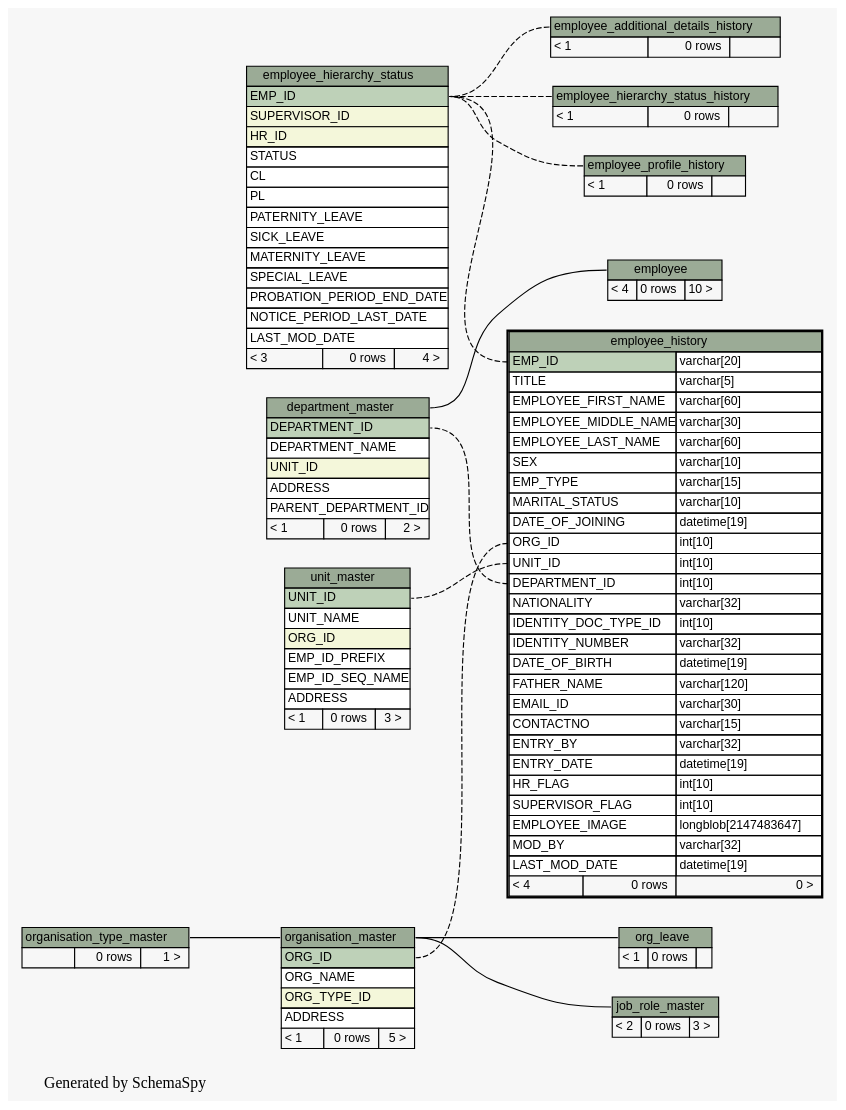
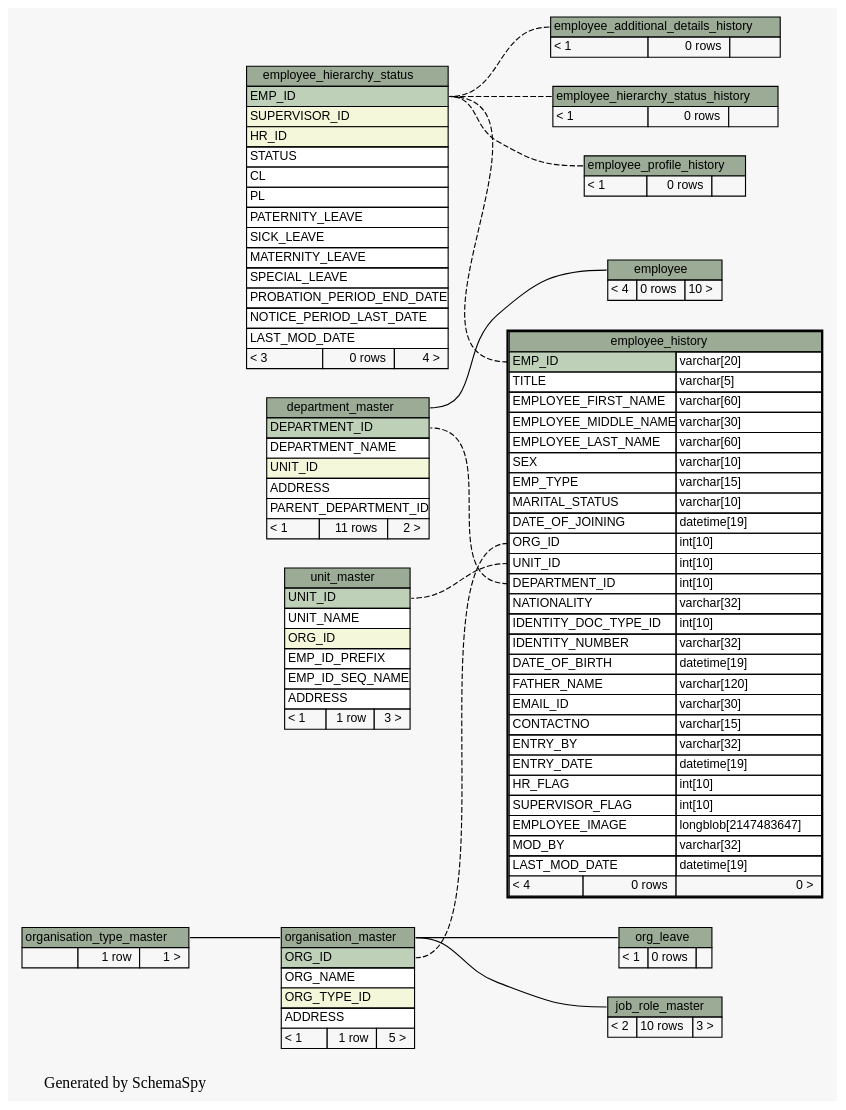
One commit to engineerscraft/hrms changed the diagram in docs/database/schemaspy/graphs/employee_history.implied2degrees.dot. Above: the diagram before and after it, drawn with Graphviz. The commit also changed 174 other files, not shown here.

```diff
--- a/docs/database/schemaspy/graphs/employee_history.implied2degrees.dot
+++ b/docs/database/schemaspy/graphs/employee_history.implied2degrees.dot
@@ -34,7 +34,7 @@
       <TR><TD PORT="UNIT_ID" COLSPAN="3" BGCOLOR="#f4f7da" ALIGN="LEFT">UNIT_ID</TD></TR>
       <TR><TD PORT="ADDRESS" COLSPAN="3" ALIGN="LEFT">ADDRESS</TD></TR>
       <TR><TD PORT="PARENT_DEPARTMENT_ID" COLSPAN="3" ALIGN="LEFT">PARENT_DEPARTMENT_ID</TD></TR>
-      <TR><TD ALIGN="LEFT" BGCOLOR="#f7f7f7">&lt; 1</TD><TD ALIGN="RIGHT" BGCOLOR="#f7f7f7">0 rows</TD><TD ALIGN="RIGHT" BGCOLOR="#f7f7f7">2 &gt;</TD></TR>
+      <TR><TD ALIGN="LEFT" BGCOLOR="#f7f7f7">&lt; 1</TD><TD ALIGN="RIGHT" BGCOLOR="#f7f7f7">11 rows</TD><TD ALIGN="RIGHT" BGCOLOR="#f7f7f7">2 &gt;</TD></TR>
     </TABLE>>
     URL="department_master.html#graph"
     tooltip="department_master"
@@ -136,7 +136,7 @@
     label=<
     <TABLE BORDER="0" CELLBORDER="1" CELLSPACING="0" BGCOLOR="#ffffff">
       <TR><TD PORT="job_role_master.heading" COLSPAN="3" BGCOLOR="#9bab96" ALIGN="CENTER">job_role_master</TD></TR>
-      <TR><TD ALIGN="LEFT" BGCOLOR="#f7f7f7">&lt; 2</TD><TD ALIGN="RIGHT" BGCOLOR="#f7f7f7">0 rows</TD><TD ALIGN="RIGHT" BGCOLOR="#f7f7f7">3 &gt;</TD></TR>
+      <TR><TD ALIGN="LEFT" BGCOLOR="#f7f7f7">&lt; 2</TD><TD ALIGN="RIGHT" BGCOLOR="#f7f7f7">10 rows</TD><TD ALIGN="RIGHT" BGCOLOR="#f7f7f7">3 &gt;</TD></TR>
     </TABLE>>
     URL="job_role_master.html#graph"
     tooltip="job_role_master"
@@ -158,7 +158,7 @@
       <TR><TD PORT="ORG_NAME" COLSPAN="3" ALIGN="LEFT">ORG_NAME</TD></TR>
       <TR><TD PORT="ORG_TYPE_ID" COLSPAN="3" BGCOLOR="#f4f7da" ALIGN="LEFT">ORG_TYPE_ID</TD></TR>
       <TR><TD PORT="ADDRESS" COLSPAN="3" ALIGN="LEFT">ADDRESS</TD></TR>
-      <TR><TD ALIGN="LEFT" BGCOLOR="#f7f7f7">&lt; 1</TD><TD ALIGN="RIGHT" BGCOLOR="#f7f7f7">0 rows</TD><TD ALIGN="RIGHT" BGCOLOR="#f7f7f7">5 &gt;</TD></TR>
+      <TR><TD ALIGN="LEFT" BGCOLOR="#f7f7f7">&lt; 1</TD><TD ALIGN="RIGHT" BGCOLOR="#f7f7f7">1 row</TD><TD ALIGN="RIGHT" BGCOLOR="#f7f7f7">5 &gt;</TD></TR>
     </TABLE>>
     URL="organisation_master.html#graph"
     tooltip="organisation_master"
@@ -167,7 +167,7 @@
     label=<
     <TABLE BORDER="0" CELLBORDER="1" CELLSPACING="0" BGCOLOR="#ffffff">
       <TR><TD PORT="organisation_type_master.heading" COLSPAN="3" BGCOLOR="#9bab96" ALIGN="CENTER">organisation_type_master</TD></TR>
-      <TR><TD ALIGN="LEFT" BGCOLOR="#f7f7f7">  </TD><TD ALIGN="RIGHT" BGCOLOR="#f7f7f7">0 rows</TD><TD ALIGN="RIGHT" BGCOLOR="#f7f7f7">1 &gt;</TD></TR>
+      <TR><TD ALIGN="LEFT" BGCOLOR="#f7f7f7">  </TD><TD ALIGN="RIGHT" BGCOLOR="#f7f7f7">1 row</TD><TD ALIGN="RIGHT" BGCOLOR="#f7f7f7">1 &gt;</TD></TR>
     </TABLE>>
     URL="organisation_type_master.html#graph"
     tooltip="organisation_type_master"
@@ -182,7 +182,7 @@
       <TR><TD PORT="EMP_ID_PREFIX" COLSPAN="3" ALIGN="LEFT">EMP_ID_PREFIX</TD></TR>
       <TR><TD PORT="EMP_ID_SEQ_NAME" COLSPAN="3" ALIGN="LEFT">EMP_ID_SEQ_NAME</TD></TR>
       <TR><TD PORT="ADDRESS" COLSPAN="3" ALIGN="LEFT">ADDRESS</TD></TR>
-      <TR><TD ALIGN="LEFT" BGCOLOR="#f7f7f7">&lt; 1</TD><TD ALIGN="RIGHT" BGCOLOR="#f7f7f7">0 rows</TD><TD ALIGN="RIGHT" BGCOLOR="#f7f7f7">3 &gt;</TD></TR>
+      <TR><TD ALIGN="LEFT" BGCOLOR="#f7f7f7">&lt; 1</TD><TD ALIGN="RIGHT" BGCOLOR="#f7f7f7">1 row</TD><TD ALIGN="RIGHT" BGCOLOR="#f7f7f7">3 &gt;</TD></TR>
     </TABLE>>
     URL="unit_master.html#graph"
     tooltip="unit_master"
```
